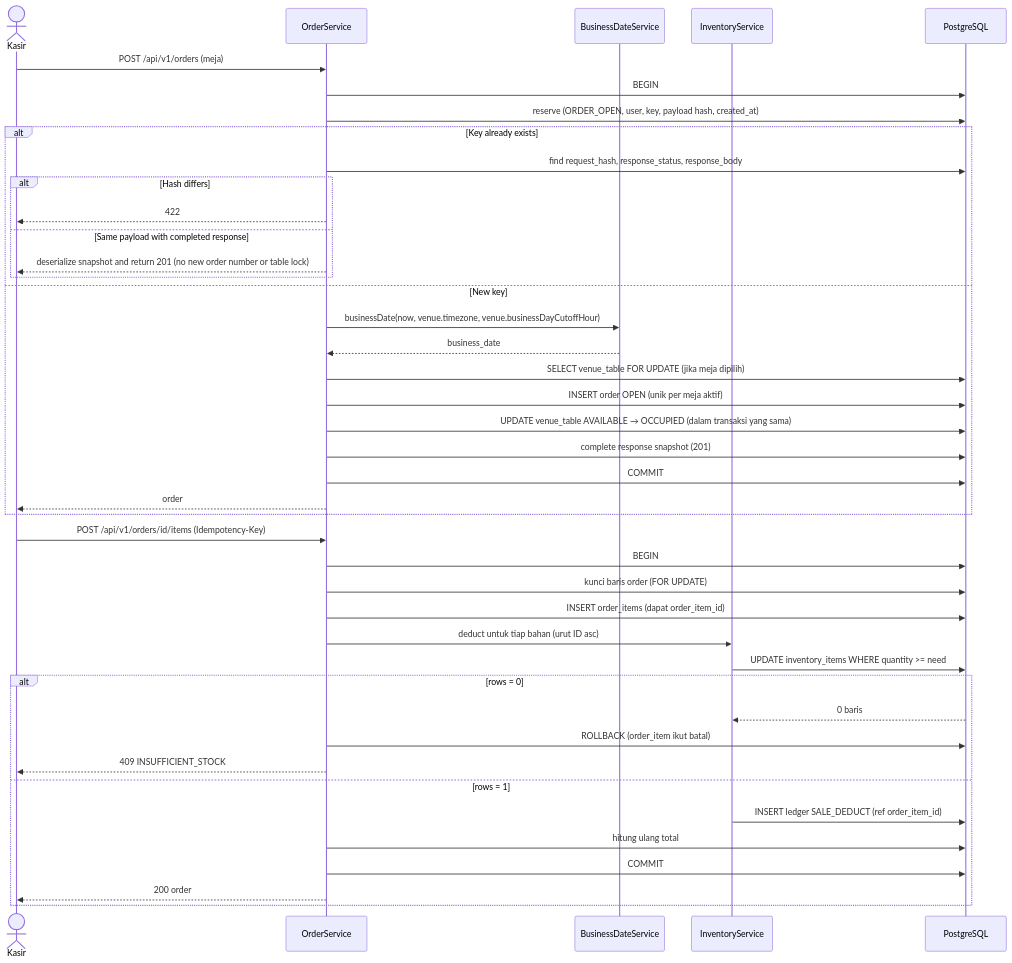
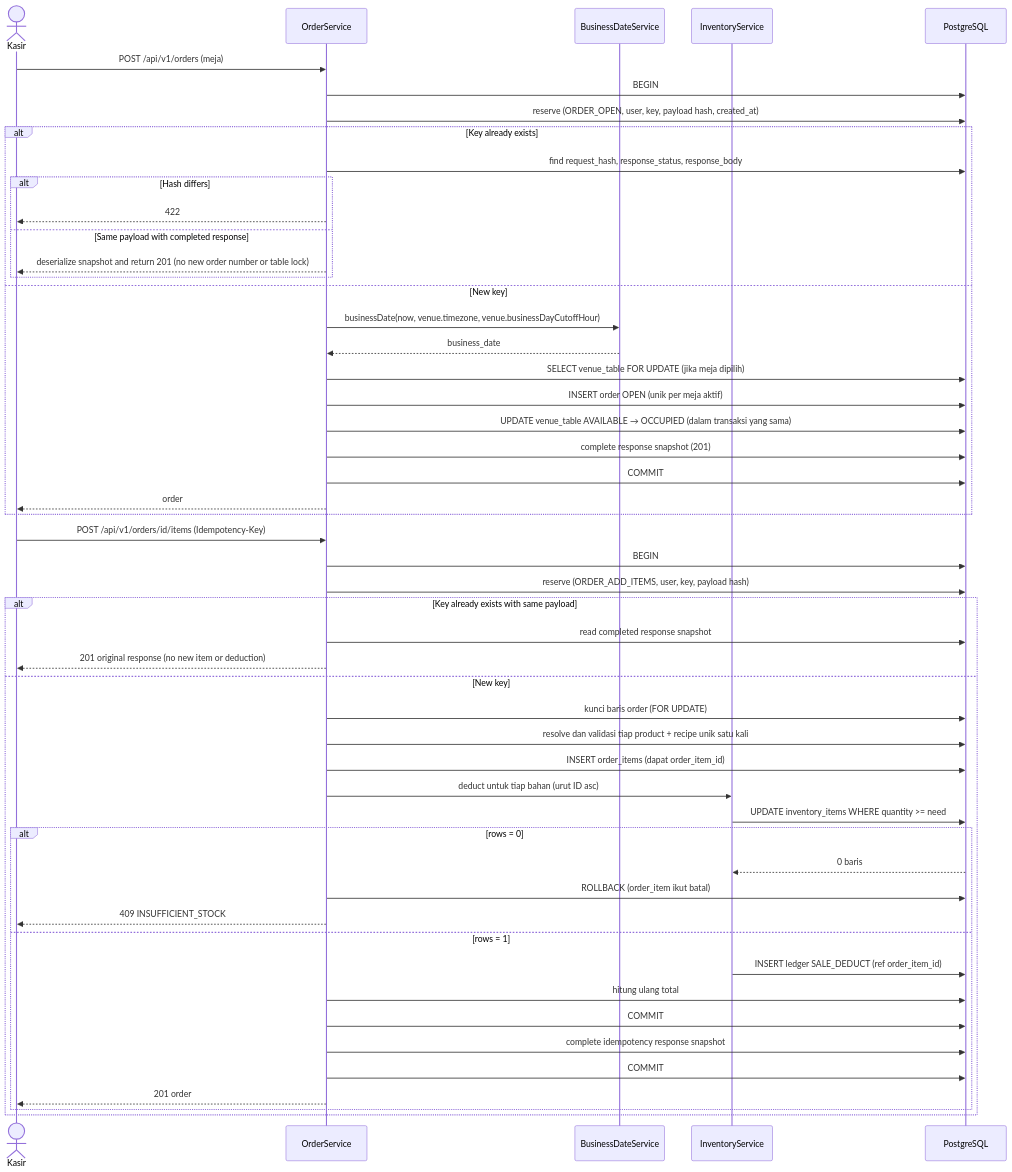
The fourth of 18 diagrams in docs/UML.md (ranggautama47/nightvenue-backend), drawn with Mermaid before and after one commit. The commit also changed 10 other files, not shown here.

First line of the commit message:
feat(phase5b): add order items with stock-at-order

````diff
--- a/docs/UML.md
+++ b/docs/UML.md
@@ -264,46 +264,55 @@
 ```mermaid
 sequenceDiagram
     actor K as Kasir
     participant A as OrderService
     participant B as BusinessDateService
     participant I as InventoryService
     participant D as PostgreSQL
 
     K->>A: POST /api/v1/orders (meja)
     A->>D: BEGIN
     A->>D: reserve (ORDER_OPEN, user, key, payload hash, created_at)
     alt Key already exists
         A->>D: find request_hash, response_status, response_body
         alt Hash differs
             A-->>K: 422
         else Same payload with completed response
             A-->>K: deserialize snapshot and return 201 (no new order number or table lock)
         end
     else New key
     A->>B: businessDate(now, venue.timezone, venue.businessDayCutoffHour)
     B-->>A: business_date
     A->>D: SELECT venue_table FOR UPDATE (jika meja dipilih)
     A->>D: INSERT order OPEN (unik per meja aktif)
     A->>D: UPDATE venue_table AVAILABLE → OCCUPIED (dalam transaksi yang sama)
     A->>D: complete response snapshot (201)
     A->>D: COMMIT
     A-->>K: order
     end
 
     K->>A: POST /api/v1/orders/id/items (Idempotency-Key)
     A->>D: BEGIN
+    A->>D: reserve (ORDER_ADD_ITEMS, user, key, payload hash)
+    alt Key already exists with same payload
+        A->>D: read completed response snapshot
+        A-->>K: 201 original response (no new item or deduction)
+    else New key
     A->>D: kunci baris order (FOR UPDATE)
+    A->>D: resolve dan validasi tiap product + recipe unik satu kali
     A->>D: INSERT order_items (dapat order_item_id)
     A->>I: deduct untuk tiap bahan (urut ID asc)
     I->>D: UPDATE inventory_items WHERE quantity >= need
     alt rows = 0
         D-->>I: 0 baris
         A->>D: ROLLBACK (order_item ikut batal)
         A-->>K: 409 INSUFFICIENT_STOCK
     else rows = 1
         I->>D: INSERT ledger SALE_DEDUCT (ref order_item_id)
         A->>D: hitung ulang total
         A->>D: COMMIT
-        A-->>K: 200 order
+        A->>D: complete idempotency response snapshot
+        A->>D: COMMIT
+        A-->>K: 201 order
+    end
     end
 ```
````
